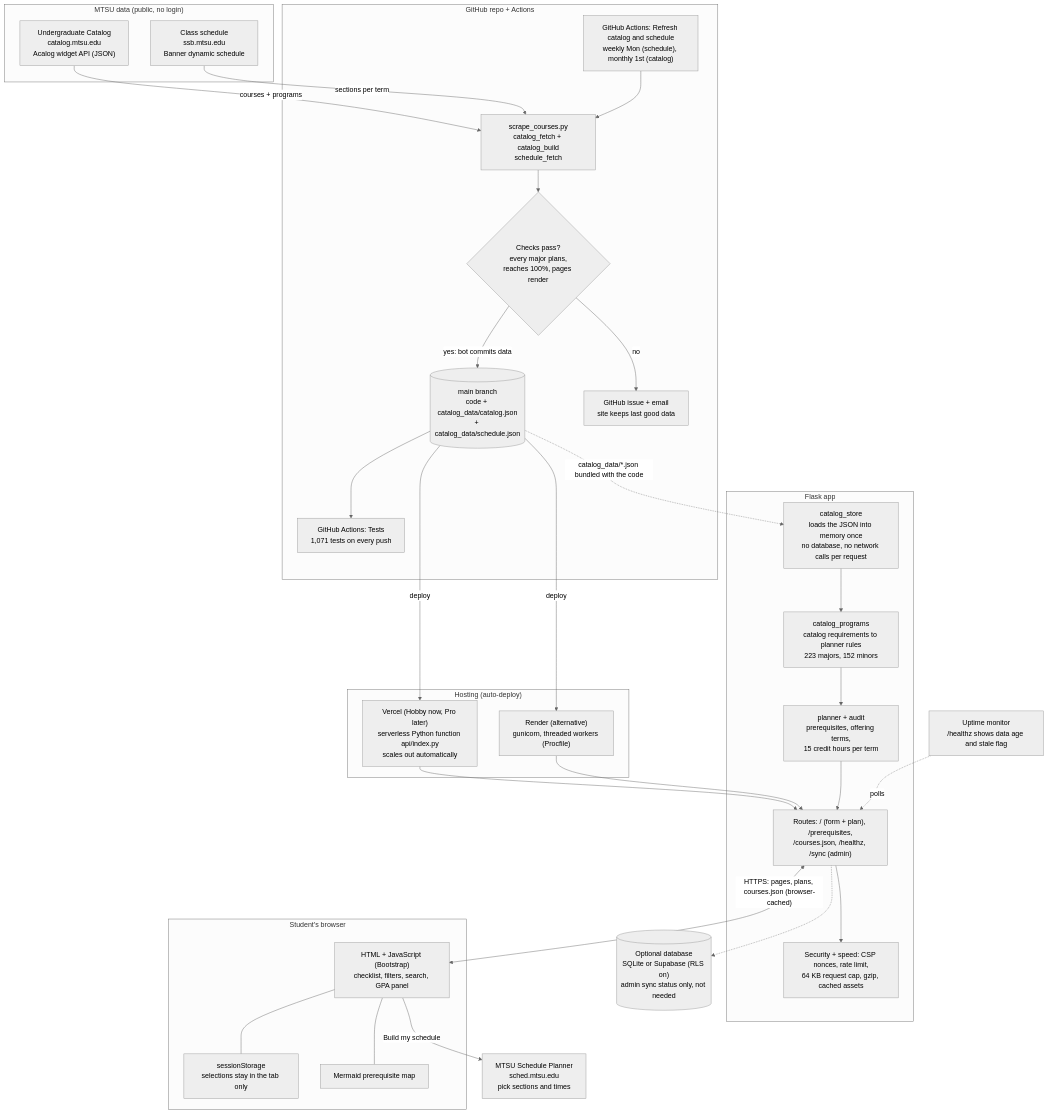
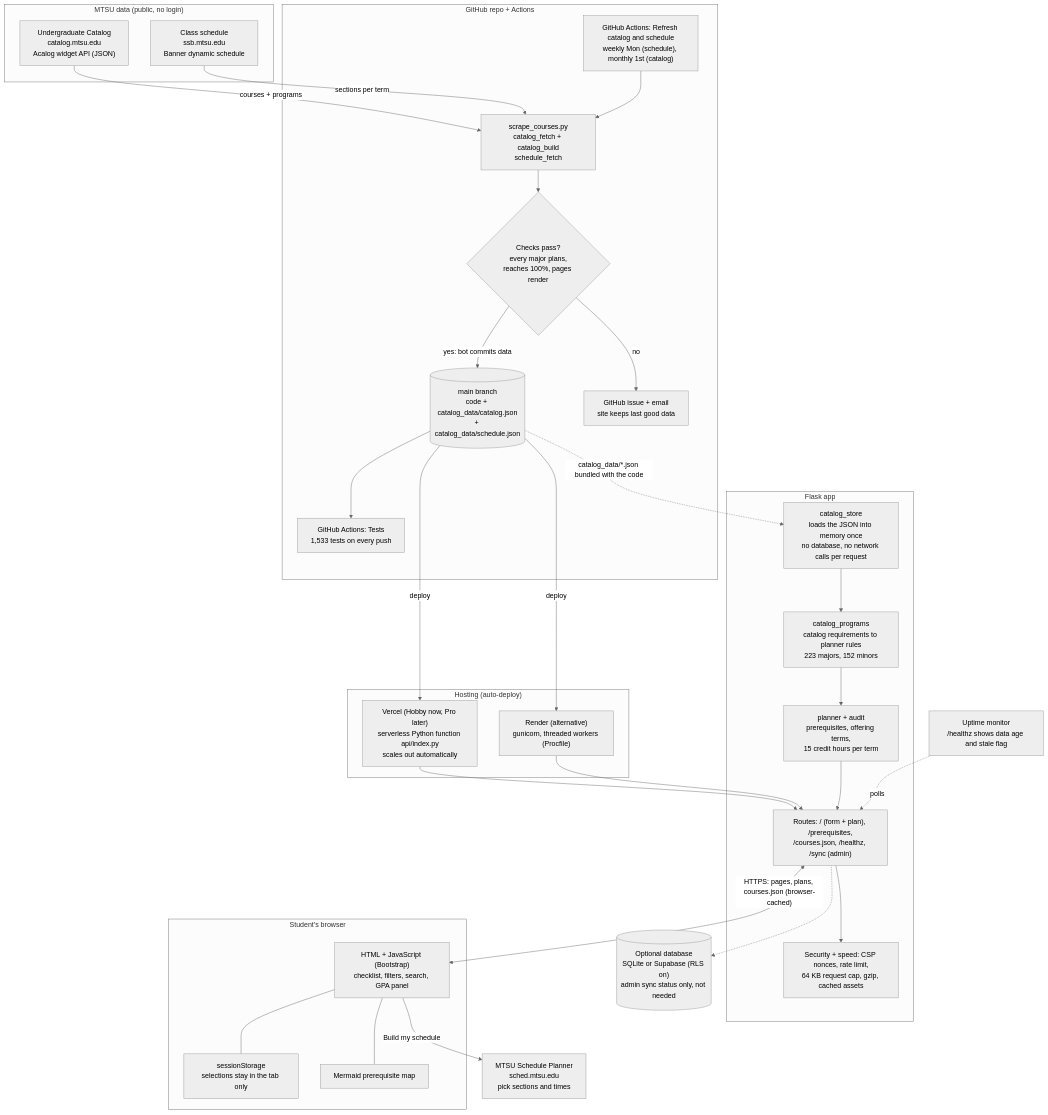
The diagram in README.md (stevenGGG23/MTSU-GradPath), drawn with Mermaid (neutral theme) before and after one commit. The commit also changed other lines of this file and 12 other files, not shown here.

````diff
--- a/README.md
+++ b/README.md
@@ -243,60 +245,60 @@
 ```mermaid
 flowchart TB
     subgraph MTSU["MTSU data (public, no login)"]
         CAT["Undergraduate Catalog<br/>catalog.mtsu.edu<br/>Acalog widget API (JSON)"]
         SCH["Class schedule<br/>ssb.mtsu.edu<br/>Banner dynamic schedule"]
     end
 
     subgraph GH["GitHub repo + Actions"]
         REFRESH["GitHub Actions: Refresh catalog and schedule<br/>weekly Mon (schedule), monthly 1st (catalog)"]
         EXPORT["scrape_courses.py<br/>catalog_fetch + catalog_build<br/>schedule_fetch"]
         GATE{"Checks pass?<br/>every major plans,<br/>reaches 100%, pages render"}
         REPO[("main branch<br/>code + catalog_data/catalog.json<br/>+ catalog_data/schedule.json")]
         ISSUE["GitHub issue + email<br/>site keeps last good data"]
-        TESTS["GitHub Actions: Tests<br/>1,071 tests on every push"]
+        TESTS["GitHub Actions: Tests<br/>1,533 tests on every push"]
     end
 
     subgraph HOST["Hosting (auto-deploy)"]
         VERCEL["Vercel (Hobby now, Pro later)<br/>serverless Python function api/index.py<br/>scales out automatically"]
         RENDER["Render (alternative)<br/>gunicorn, threaded workers (Procfile)"]
     end
 
     subgraph APP["Flask app"]
         STORE["catalog_store<br/>loads the JSON into memory once<br/>no database, no network calls per request"]
         CONVERT["catalog_programs<br/>catalog requirements to planner rules<br/>223 majors, 152 minors"]
         PLAN["planner + audit<br/>prerequisites, offering terms,<br/>15 credit hours per term"]
         ROUTES["Routes: / (form + plan), /prerequisites,<br/>/courses.json, /healthz, /sync (admin)"]
         HARDEN["Security + speed: CSP nonces, rate limit,<br/>64 KB request cap, gzip, cached assets"]
     end
 
     subgraph USER["Student's browser"]
         PAGE["HTML + JavaScript (Bootstrap)<br/>checklist, filters, search, GPA panel"]
         LOCAL["sessionStorage<br/>selections stay in the tab only"]
         MERMAID["Mermaid prerequisite map"]
     end
 
     SP["MTSU Schedule Planner<br/>sched.mtsu.edu<br/>pick sections and times"]
 
     DB[("Optional database<br/>SQLite or Supabase (RLS on)<br/>admin sync status only, not needed")]
     MON["Uptime monitor<br/>/healthz shows data age and stale flag"]
 
     CAT -->|"courses + programs"| EXPORT
     SCH -->|"sections per term"| EXPORT
     REFRESH --> EXPORT --> GATE
     GATE -->|"yes: bot commits data"| REPO
     GATE -->|"no"| ISSUE
     REPO --> TESTS
     REPO -->|"deploy"| VERCEL
     REPO -->|"deploy"| RENDER
     VERCEL --> ROUTES
     RENDER --> ROUTES
     ROUTES --> HARDEN
     STORE --> CONVERT --> PLAN --> ROUTES
     REPO -.->|"catalog_data/*.json bundled with the code"| STORE
     ROUTES <-->|"HTTPS: pages, plans, courses.json (browser-cached)"| PAGE
     PAGE --- LOCAL
     PAGE --- MERMAID
     PAGE -->|"Build my schedule"| SP
     ROUTES -.-> DB
     MON -.->|"polls"| ROUTES
 ```
````
